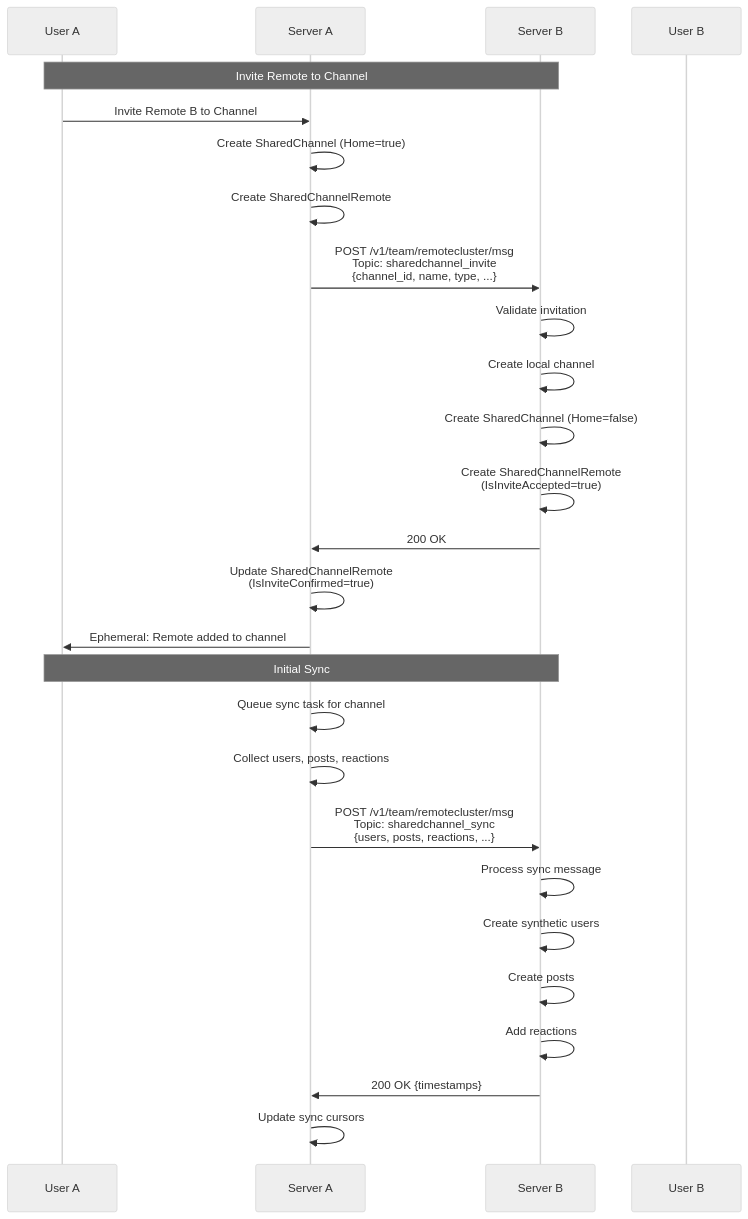
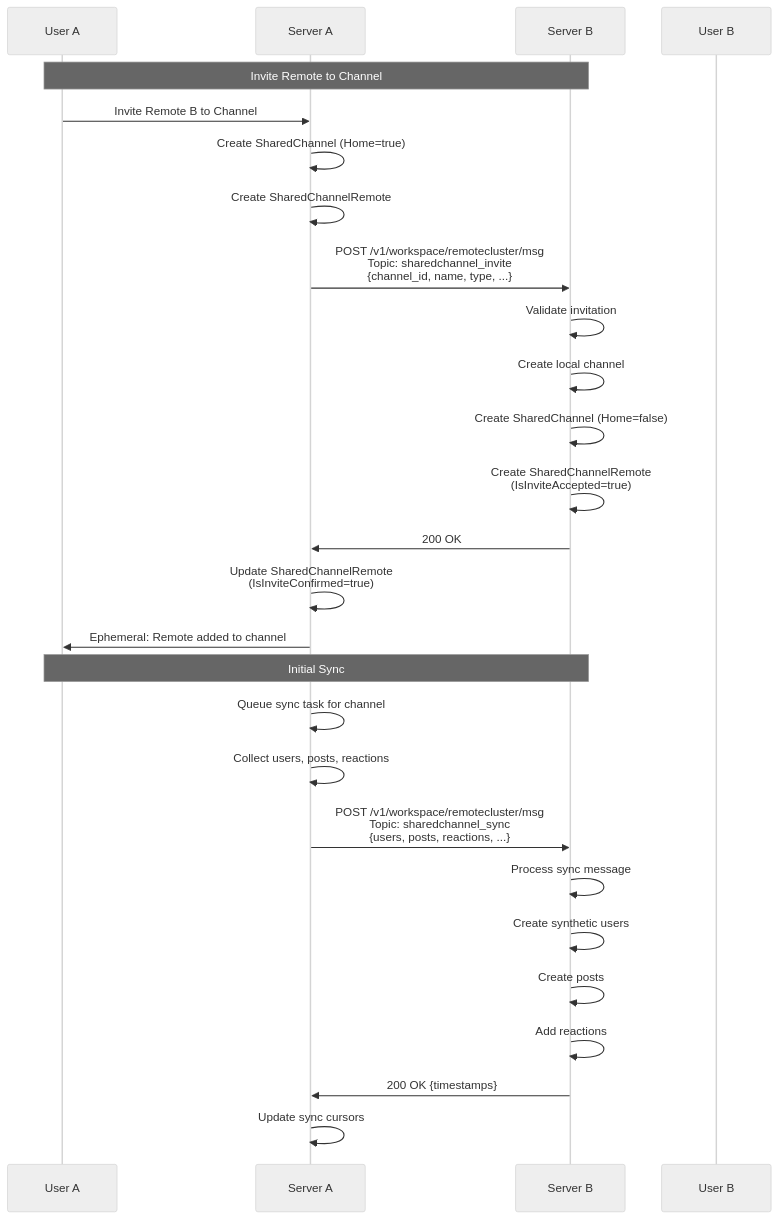
The fourth of 7 diagrams in server/platform/services/sharedchannel/README.md (hanzoai/team), drawn with Mermaid (neutral theme) before and after one commit. The commit also changed other lines of this file and 139 other files, not shown here.

````diff
--- a/server/platform/services/sharedchannel/README.md
+++ b/server/platform/services/sharedchannel/README.md
@@ -211,31 +211,31 @@
 ```mermaid
 sequenceDiagram
     participant UA as User A
     participant SA as Server A
     participant SB as Server B
     participant UB as User B
 
     Note over UA,SB: Invite Remote to Channel
     UA->>SA: Invite Remote B to Channel
     SA->>SA: Create SharedChannel (Home=true)
     SA->>SA: Create SharedChannelRemote
-    SA->>SB: POST /v1/team/remotecluster/msg<br/>Topic: sharedchannel_invite<br/>{channel_id, name, type, ...}
+    SA->>SB: POST /v1/workspace/remotecluster/msg<br/>Topic: sharedchannel_invite<br/>{channel_id, name, type, ...}
     SB->>SB: Validate invitation
     SB->>SB: Create local channel
     SB->>SB: Create SharedChannel (Home=false)
     SB->>SB: Create SharedChannelRemote<br/>(IsInviteAccepted=true)
     SB->>SA: 200 OK
     SA->>SA: Update SharedChannelRemote<br/>(IsInviteConfirmed=true)
     SA->>UA: Ephemeral: Remote added to channel
 
     Note over UA,SB: Initial Sync
     SA->>SA: Queue sync task for channel
     SA->>SA: Collect users, posts, reactions
-    SA->>SB: POST /v1/team/remotecluster/msg<br/>Topic: sharedchannel_sync<br/>{users, posts, reactions, ...}
+    SA->>SB: POST /v1/workspace/remotecluster/msg<br/>Topic: sharedchannel_sync<br/>{users, posts, reactions, ...}
     SB->>SB: Process sync message
     SB->>SB: Create synthetic users
     SB->>SB: Create posts
     SB->>SB: Add reactions
     SB->>SA: 200 OK {timestamps}
     SA->>SA: Update sync cursors
 ```
````
